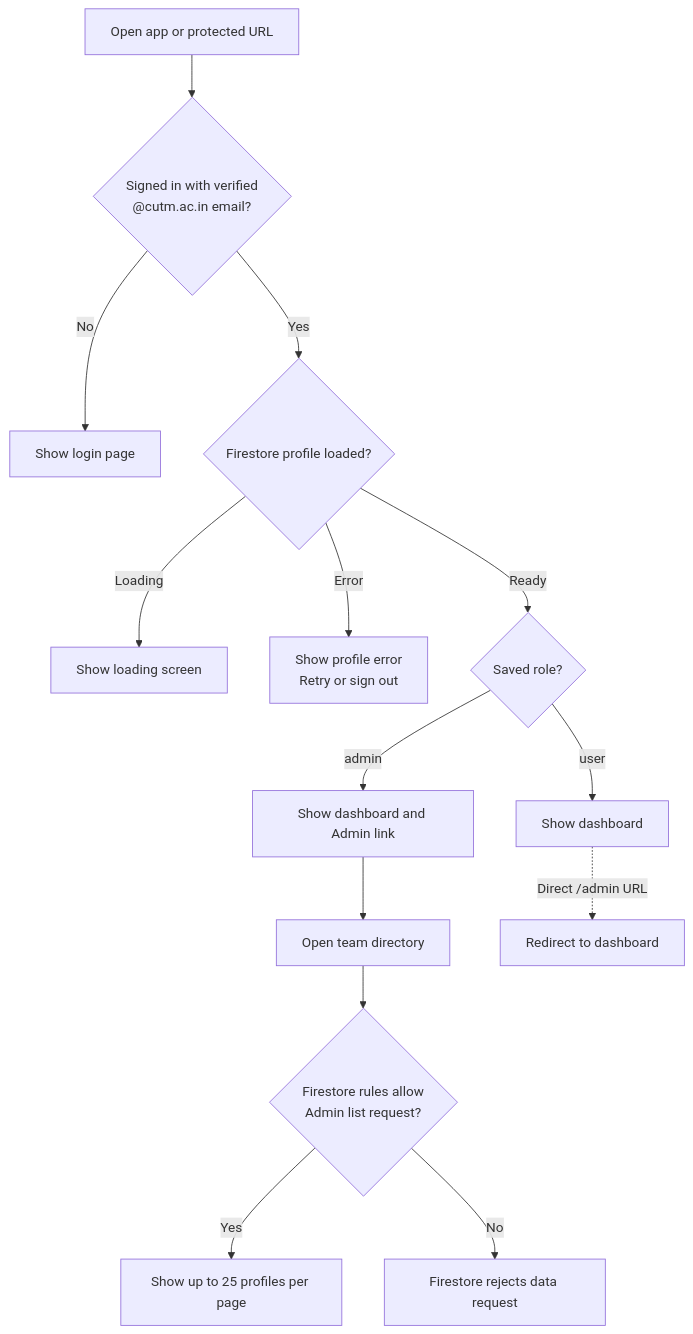
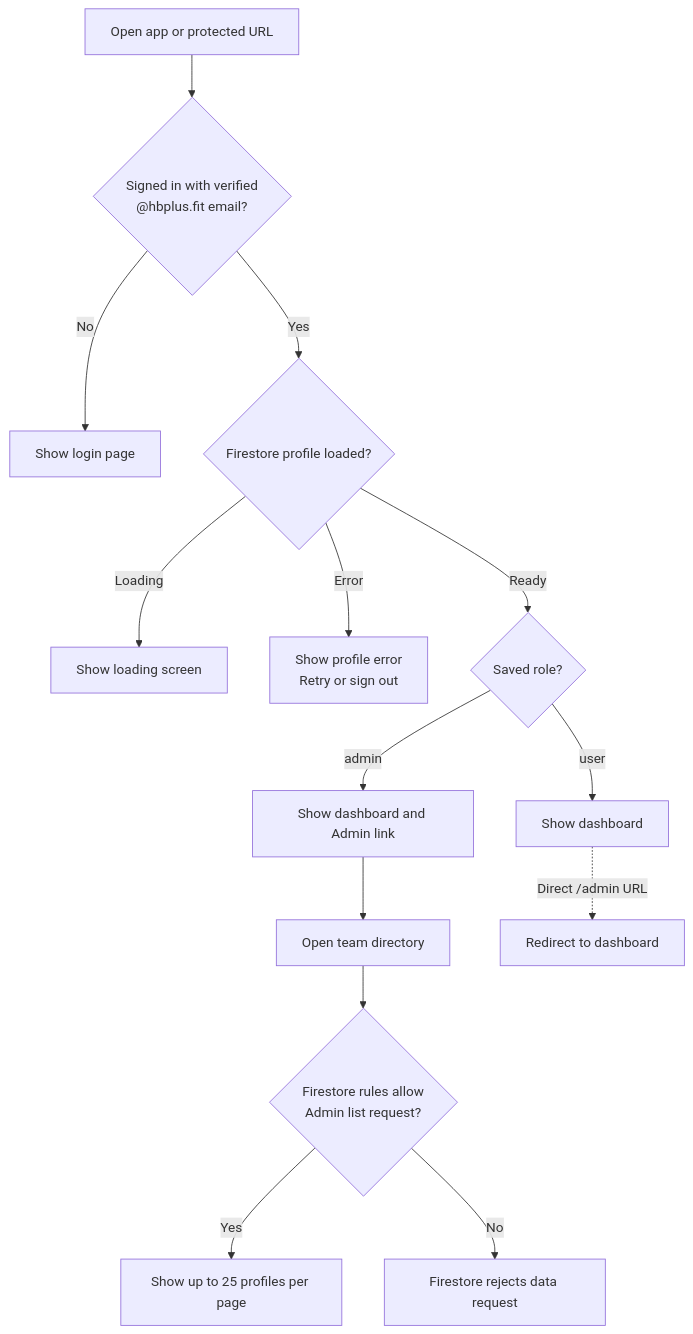
The diagram in README.md (subham212/hbplus-auth), drawn with Mermaid before and after one commit. The commit also changed other lines of this file and 9 other files, not shown here.

Commit message:
Restore official HB+ Fit email domain

````diff
--- a/README.md
+++ b/README.md
@@ -72,16 +70,16 @@
 ```mermaid
 flowchart TD
-    Start[Open app or protected URL] --> Auth{Signed in with verified<br/>@cutm.ac.in email?}
+    Start[Open app or protected URL] --> Auth{Signed in with verified<br/>@hbplus.fit email?}
     Auth -- No --> Login[Show login page]
     Auth -- Yes --> Profile{Firestore profile loaded?}
     Profile -- Loading --> Wait[Show loading screen]
     Profile -- Error --> Retry[Show profile error<br/>Retry or sign out]
     Profile -- Ready --> Role{Saved role?}
     Role -- user --> UserDash[Show dashboard]
     Role -- admin --> AdminDash[Show dashboard and Admin link]
     AdminDash --> Directory[Open team directory]
     Directory --> Rules{Firestore rules allow<br/>Admin list request?}
     Rules -- Yes --> ShowTeam[Show up to 25 profiles per page]
     Rules -- No --> Denied[Firestore rejects data request]
     UserDash -. Direct /admin URL .-> Redirect[Redirect to dashboard]
 ```
````
